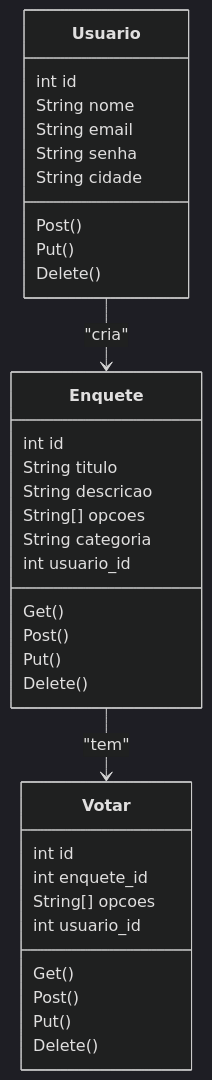
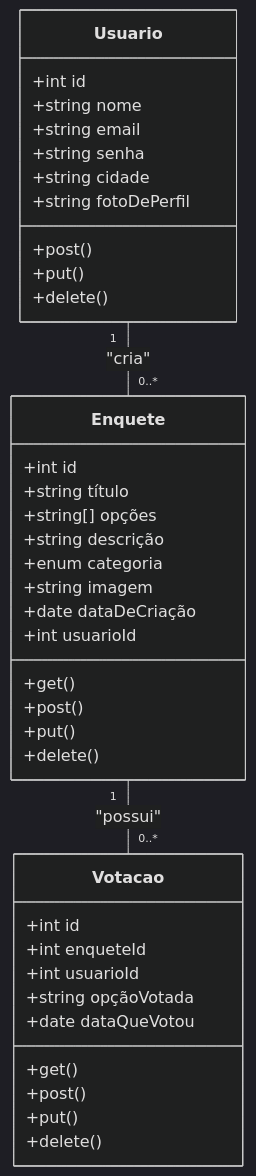
The second of 4 diagrams in README.md (JoaovlLima/ProjetoReactNode_ConectaCorp), drawn with Mermaid (dark theme) before and after one commit. The commit also changed other lines of this file, not shown here.

````diff
--- a/README.md
+++ b/README.md
@@ -118,41 +119,45 @@
 ```mermaid
 classDiagram
     class Usuario {
-      int id
-      String nome
-      String email
-      String senha
-      String cidade
-      Post()
-      Put()
-      Delete()
+        +int id
+        +string nome
+        +string email
+        +string senha
+        +string cidade
+        +string fotoDePerfil
+        +post()
+        +put()
+        +delete()
     }
 
     class Enquete {
-      int id
-      String titulo
-      String descricao
-      String[] opcoes
-      String categoria
-      int usuario_id
-      Get()
-      Post()
-      Put()
-      Delete()
+        +int id
+        +string título
+        +string[] opções
+        +string descrição
+        +enum categoria
+        +string imagem
+        +date dataDeCriação
+        +int usuarioId
+        +get()
+        +post()
+        +put()
+        +delete()
     }
 
-    class Votar {
-      int id
-      int enquete_id
-      String[] opcoes
-      int usuario_id
-      Get()
-      Post()
-      Put()
-      Delete()
+    class Votacao {
+        +int id
+        +int enqueteId
+        +int usuarioId
+        +string opçãoVotada
+        +date dataQueVotou
+        +get()
+        +post()
+        +put()
+        +delete()
     }
 
-    Usuario --> Enquete : "cria"
-    Enquete --> Votar : "tem"
+    Usuario "1" -- "0..*" Enquete : "cria"
+    Enquete "1" -- "0..*" Votacao : "possui"
 
 ```
````
